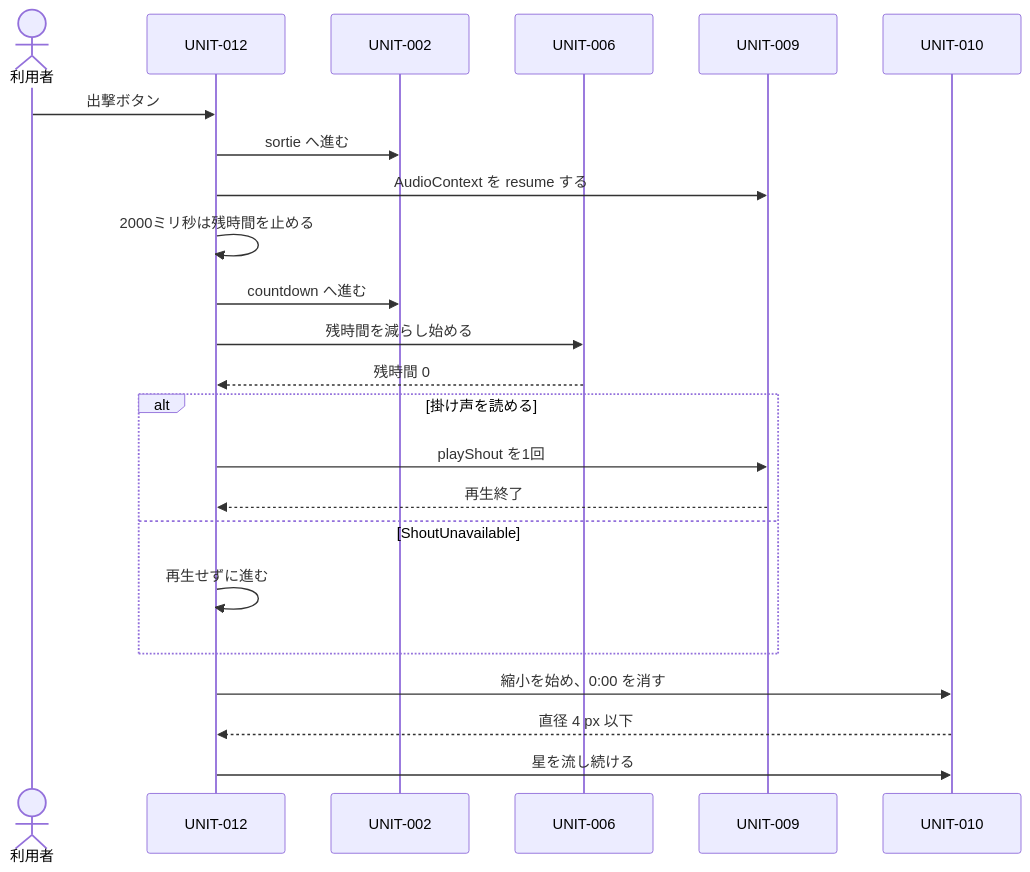
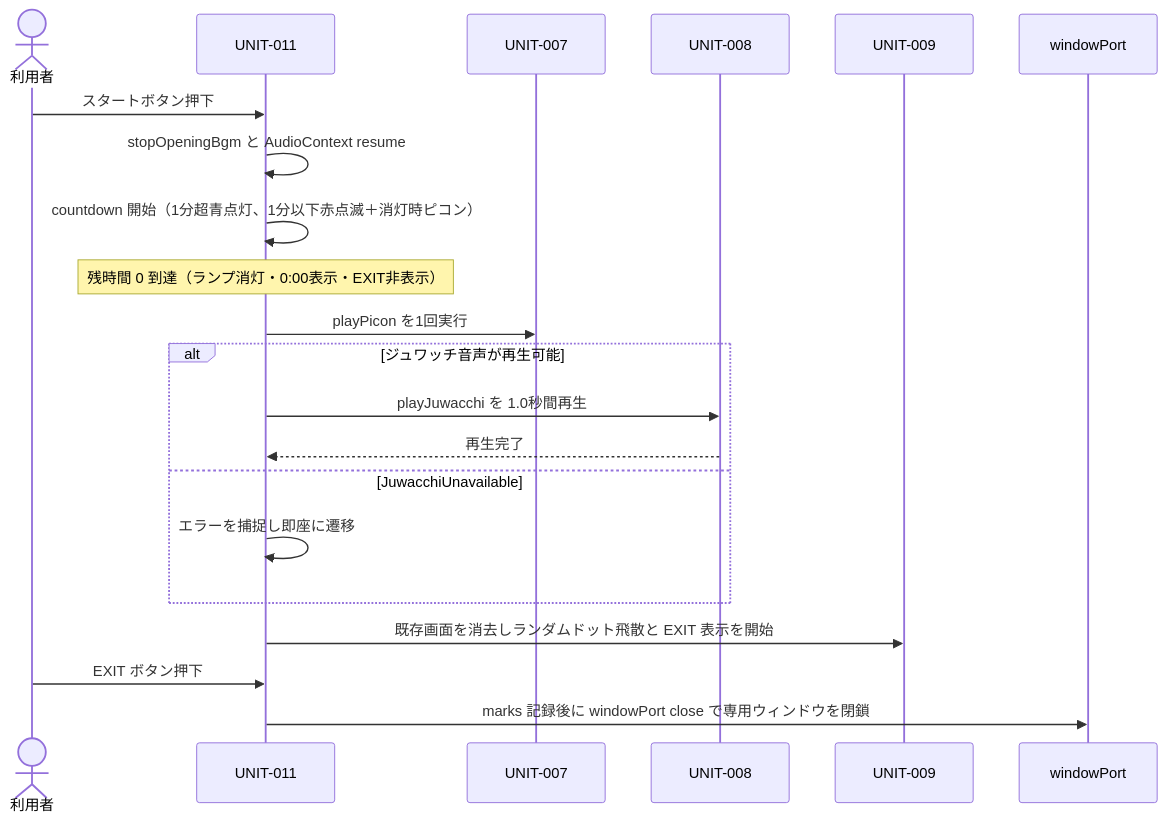
One commit to yamaPiT/ColorBeaconTimer changed the sixth of 6 diagrams in docs/artifacts/SW205_ソフトウェアアーキテクチャ設計書.md. Above: the diagram before and after it, drawn with Mermaid. The commit also changed other lines of this file and 90 other files, not shown here.

````diff
--- a/docs/artifacts/SW205_ソフトウェアアーキテクチャ設計書.md
+++ b/docs/artifacts/SW205_ソフトウェアアーキテクチャ設計書.md
@@ -310,25 +329,23 @@
 ```mermaid
 sequenceDiagram
   actor User as 利用者
-  participant CTL as UNIT-012
-  participant ST as UNIT-002
-  participant RM as UNIT-006
-  participant AU as UNIT-009
-  participant EN as UNIT-010
-  User->>CTL: 出撃ボタン
-  CTL->>ST: sortie へ進む
-  CTL->>AU: AudioContext を resume する
-  CTL->>CTL: 2000ミリ秒は残時間を止める
-  CTL->>ST: countdown へ進む
-  CTL->>RM: 残時間を減らし始める
-  RM-->>CTL: 残時間 0
-  alt 掛け声を読める
-    CTL->>AU: playShout を1回
-    AU-->>CTL: 再生終了
-  else ShoutUnavailable
-    CTL->>CTL: 再生せずに進む
+  participant CTL as UNIT-011
+  participant AU7 as UNIT-007
+  participant AU8 as UNIT-008
+  participant DOT as UNIT-009
+  participant WIN as windowPort
+  User->>CTL: スタートボタン押下
+  CTL->>CTL: stopOpeningBgm と AudioContext resume
+  CTL->>CTL: countdown 開始（1分超青点灯、1分以下赤点滅＋消灯時ピコン）
+  Note over CTL: 残時間 0 到達（ランプ消灯・0:00表示・EXIT非表示）
+  CTL->>AU7: playPicon を1回実行
+  alt ジュワッチ音声が再生可能
+    CTL->>AU8: playJuwacchi を 1.0秒間再生
+    AU8-->>CTL: 再生完了
+  else JuwacchiUnavailable
+    CTL->>CTL: エラーを捕捉し即座に遷移
   end
-  CTL->>EN: 縮小を始め、0:00 を消す
-  EN-->>CTL: 直径 4 px 以下
-  CTL->>EN: 星を流し続ける
+  CTL->>DOT: 既存画面を消去しランダムドット飛散と EXIT 表示を開始
+  User->>CTL: EXIT ボタン押下
+  CTL->>WIN: marks 記録後に windowPort close で専用ウィンドウを閉鎖
 ```
````
